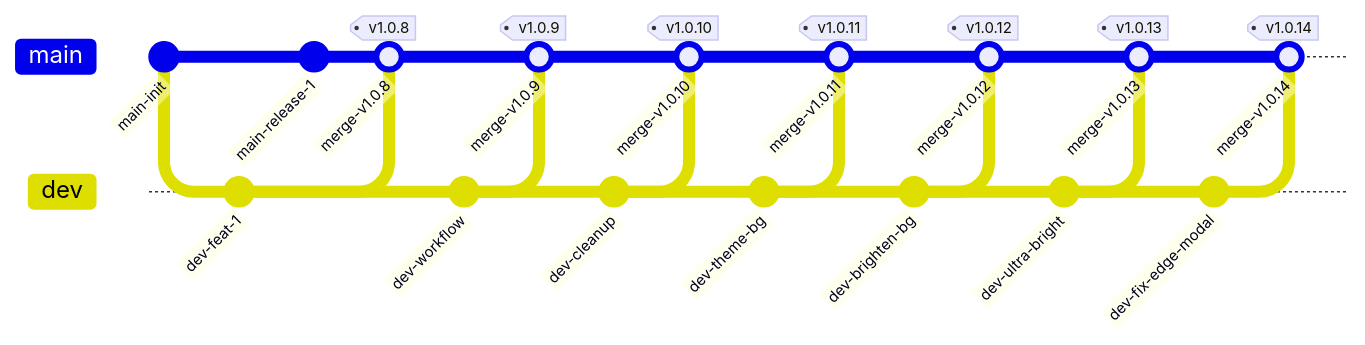
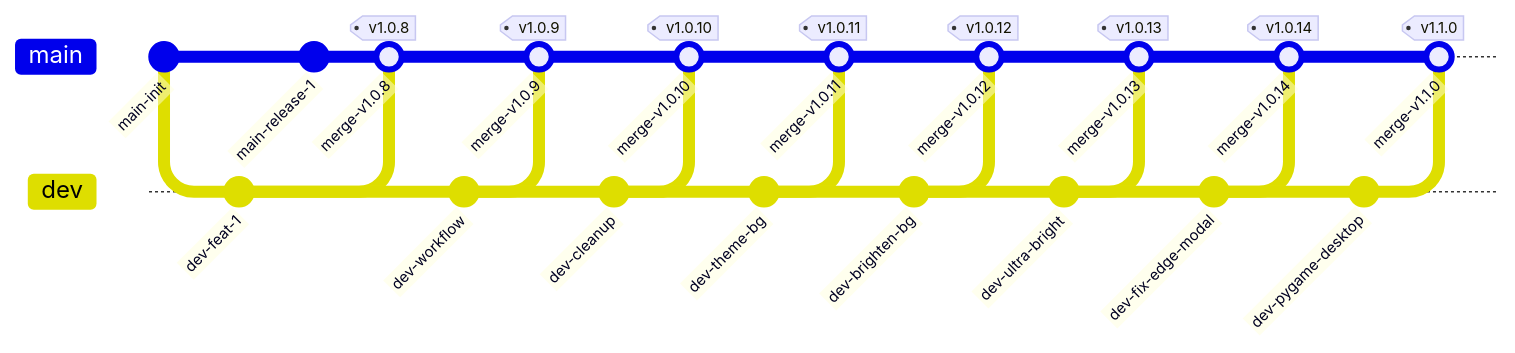
One commit to 6jbw6/Gomoku changed the first of 2 diagrams in OPERATIONS.md. Above: the diagram before and after it, drawn with Mermaid. The commit also changed other lines of this file and 15 other files, not shown here.

````diff
--- a/OPERATIONS.md
+++ b/OPERATIONS.md
@@ -324,34 +353,38 @@
 ```mermaid
 gitGraph
     commit id: "main-init"
     branch dev
     checkout dev
     commit id: "dev-feat-1"
     checkout main
     commit id: "main-release-1"
     merge dev id: "merge-v1.0.8" tag: "v1.0.8"
     checkout dev
     commit id: "dev-workflow"
     checkout main
     merge dev id: "merge-v1.0.9" tag: "v1.0.9"
     checkout dev
     commit id: "dev-cleanup"
     checkout main
     merge dev id: "merge-v1.0.10" tag: "v1.0.10"
     checkout dev
     commit id: "dev-theme-bg"
     checkout main
     merge dev id: "merge-v1.0.11" tag: "v1.0.11"
     checkout dev
     commit id: "dev-brighten-bg"
     checkout main
     merge dev id: "merge-v1.0.12" tag: "v1.0.12"
     checkout dev
     commit id: "dev-ultra-bright"
     checkout main
     merge dev id: "merge-v1.0.13" tag: "v1.0.13"
     checkout dev
     commit id: "dev-fix-edge-modal"
     checkout main
     merge dev id: "merge-v1.0.14" tag: "v1.0.14"
+    checkout dev
+    commit id: "dev-pygame-desktop"
+    checkout main
+    merge dev id: "merge-v1.1.0" tag: "v1.1.0"
 ```
````
